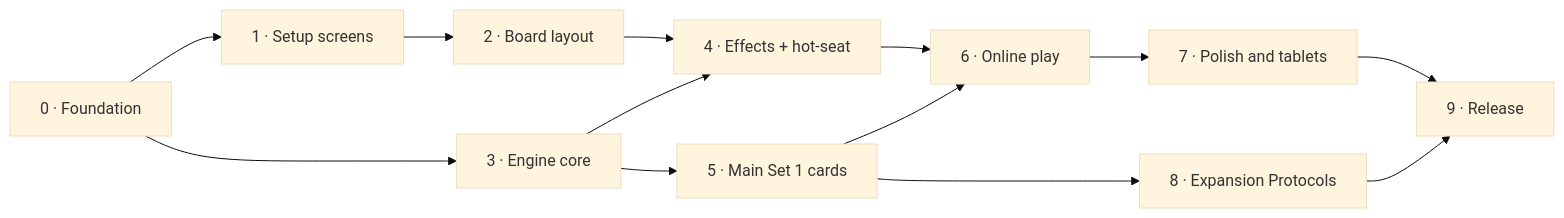
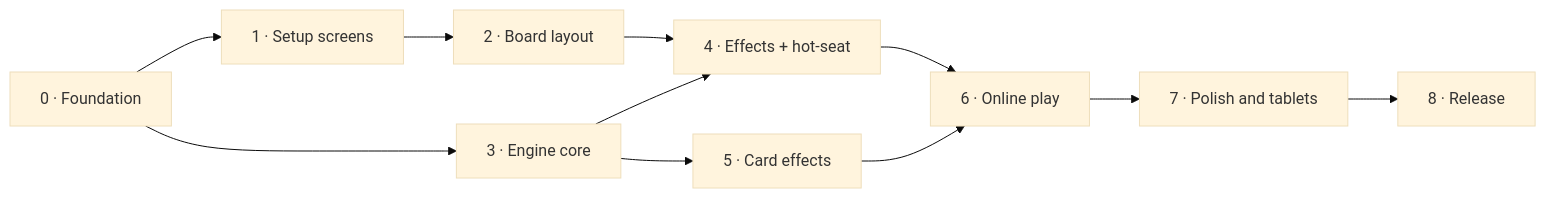
One commit to mcraigtyler/ReCompile changed the first of 2 diagrams in docs/plan.md. Above: the diagram before and after it, drawn with Mermaid (base theme). The commit also changed other lines of this file and 24 other files, not shown here.

````diff
--- a/docs/plan.md
+++ b/docs/plan.md
@@ -14,15 +14,13 @@
 ```mermaid
 flowchart LR
   P0[0 · Foundation] --> P1[1 · Setup screens]
   P1 --> P2[2 · Board layout]
   P0 --> P3[3 · Engine core]
   P2 --> P4[4 · Effects + hot-seat]
   P3 --> P4
-  P3 --> P5[5 · Main Set 1 cards]
+  P3 --> P5[5 · Card effects]
   P4 --> P6[6 · Online play]
   P5 --> P6
   P6 --> P7[7 · Polish and tablets]
-  P5 --> P8[8 · Expansion Protocols]
-  P7 --> P9[9 · Release]
-  P8 --> P9
+  P7 --> P8[8 · Release]
 ```
````
